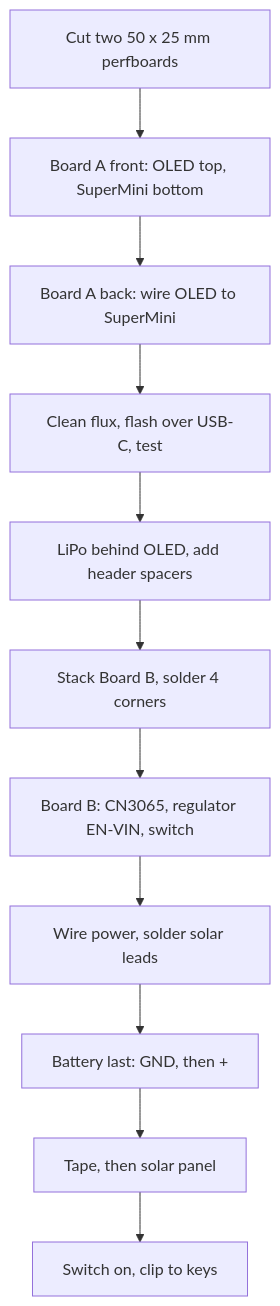
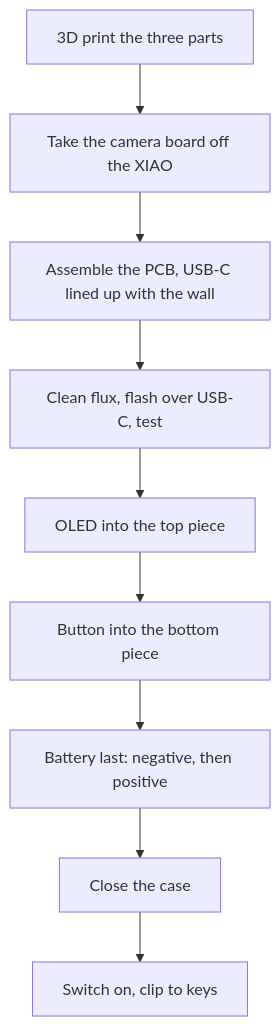
The fourth of 5 diagrams in README.md (hronkrobotics/solareyes), drawn with Mermaid before and after one commit. The commit also changed other lines of this file and 19 other files, not shown here.

First line of the commit message:
Version 2: XIAO ESP32-S3, USB-C charging, printed case, moods, and a dizzy mode

````diff
--- a/README.md
+++ b/README.md
@@ -249,13 +215,11 @@
 ```mermaid
 flowchart TD
-    S1["Cut two 50 x 25 mm perfboards"] --> S2["Board A front: OLED top, SuperMini bottom"]
-    S2 --> S3["Board A back: wire OLED to SuperMini"]
+    S1["3D print the three parts"] --> S2["Take the camera board off the XIAO"]
+    S2 --> S3["Assemble the PCB, USB-C lined up with the wall"]
     S3 --> S4["Clean flux, flash over USB-C, test"]
-    S4 --> S5["LiPo behind OLED, add header spacers"]
-    S5 --> S6["Stack Board B, solder 4 corners"]
-    S6 --> S7["Board B: CN3065, regulator EN-VIN, switch"]
-    S7 --> S8["Wire power, solder solar leads"]
-    S8 --> S9["Battery last: GND, then +"]
-    S9 --> S10["Tape, then solar panel"]
-    S10 --> S11["Switch on, clip to keys"]
+    S4 --> S5["OLED into the top piece"]
+    S5 --> S6["Button into the bottom piece"]
+    S6 --> S7["Battery last: negative, then positive"]
+    S7 --> S8["Close the case"]
+    S8 --> S9["Switch on, clip to keys"]
 ```
````
